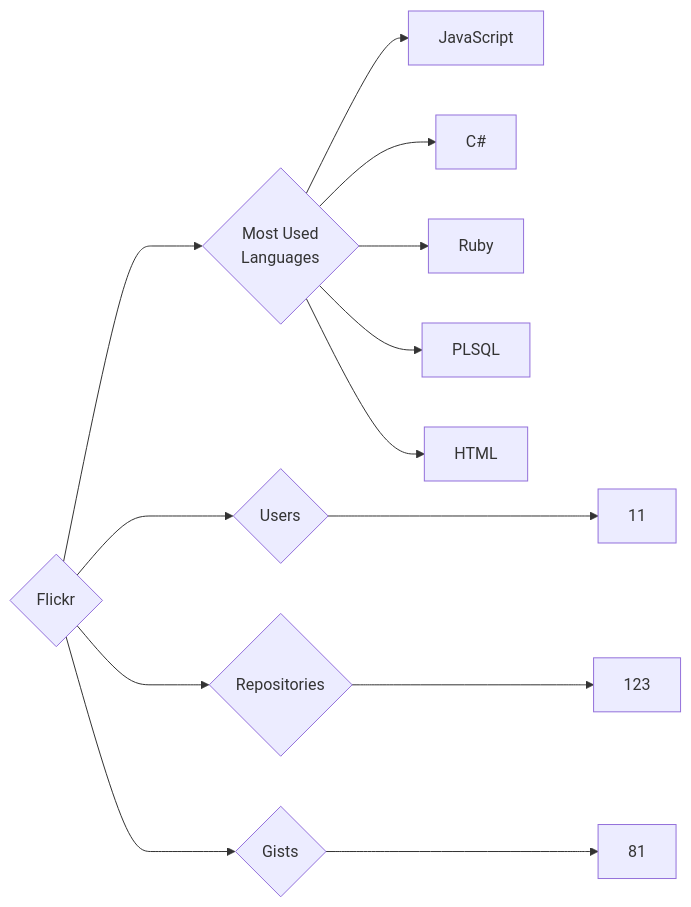
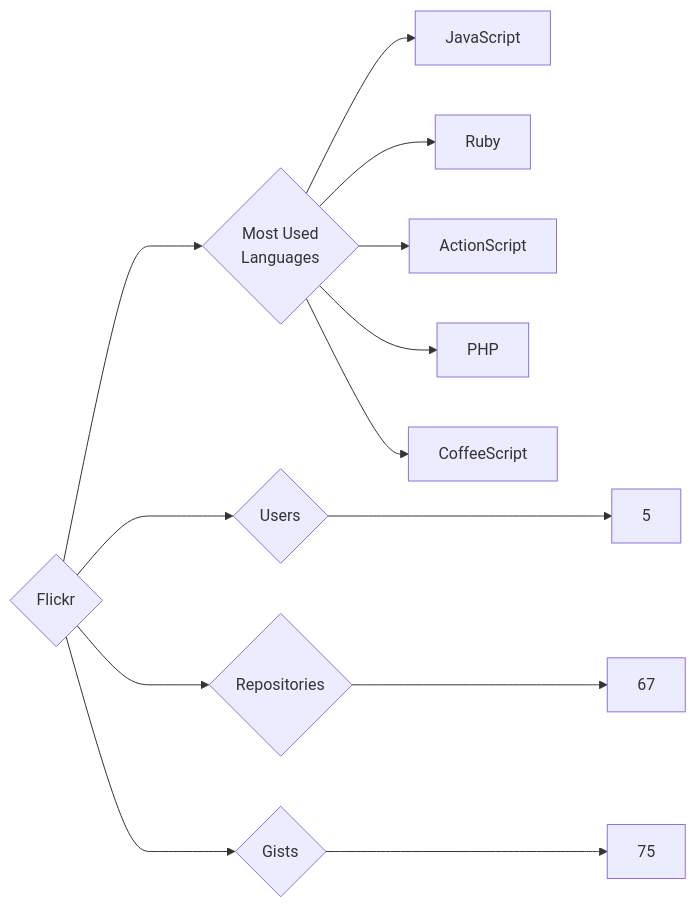
Before and after one commit to trickest/insiders: the diagram in targets/Flickr/README.md, drawn with Mermaid. The commit also changed 860 other files, not shown here.

````diff
--- a/targets/Flickr/README.md
+++ b/targets/Flickr/README.md
@@ -3,13 +3,13 @@
 ```mermaid
 graph LR
 COMPANY_NAME{Flickr}
-COMPANY_NAME ---> U{Users} ---> UN[11]
-COMPANY_NAME ---> R{Repositories} ---> RN[123]
-COMPANY_NAME ---> G{Gists} ---> GN[81]
+COMPANY_NAME ---> U{Users} ---> UN[5]
+COMPANY_NAME ---> R{Repositories} ---> RN[67]
+COMPANY_NAME ---> G{Gists} ---> GN[75]
 COMPANY_NAME ---> ML{Most Used<br>Languages}
 ML --> JavaScript[JavaScript]
-ML --> C#[C#]
 ML --> Ruby[Ruby]
-ML --> PLSQL[PLSQL]
-ML --> HTML[HTML]
+ML --> ActionScript[ActionScript]
+ML --> PHP[PHP]
+ML --> CoffeeScript[CoffeeScript]
 ```
````
